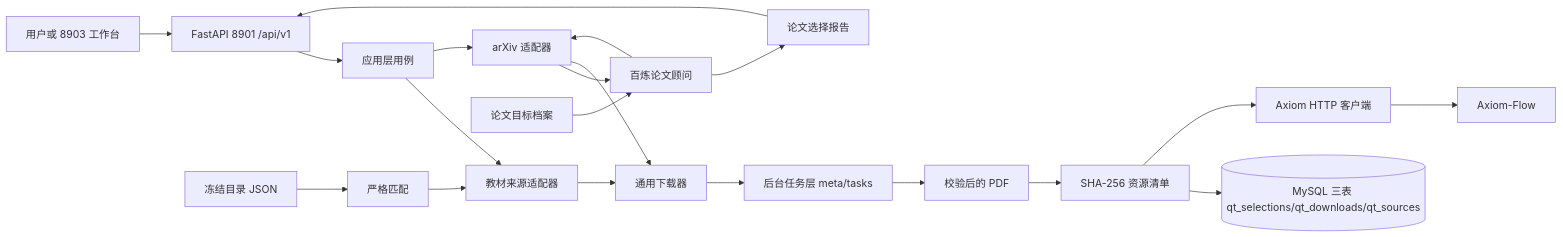
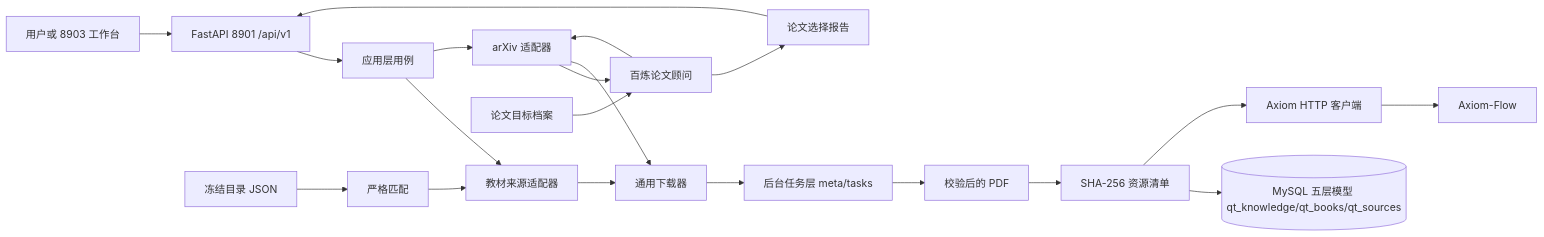
Before and after one commit to swfswf1234/QED-Tracker: the diagram in docs/architecture/system-overview.md, drawn with Mermaid. The commit also changed other lines of this file and 29 other files, not shown here.

````diff
--- a/docs/architecture/system-overview.md
+++ b/docs/architecture/system-overview.md
@@ -27,22 +27,22 @@
 ```mermaid
 flowchart LR
     USER[用户或 8903 工作台] --> API[FastAPI 8901 /api/v1]
     API --> APP[应用层用例]
     APP --> BOOKS[教材来源适配器]
     APP --> ARXIV[arXiv 适配器]
     PROFILE[论文目标档案] --> ADVISOR[百炼论文顾问]
     ADVISOR --> ARXIV
     ARXIV --> ADVISOR
     ADVISOR --> SELECTION[论文选择报告]
     SELECTION --> API
     CATALOG[冻结目录 JSON] --> MATCH[严格匹配]
     MATCH --> BOOKS
     BOOKS --> DOWNLOAD[通用下载器]
     ARXIV --> DOWNLOAD
     DOWNLOAD --> TASKS[后台任务层 meta/tasks]
     TASKS --> PDF[校验后的 PDF]
     PDF --> INVENTORY[SHA-256 资源清单]
-    INVENTORY --> DB[(MySQL 三表 qt_selections/qt_downloads/qt_sources)]
+    INVENTORY --> DB[(MySQL 五层模型 qt_knowledge/qt_books/qt_sources)]
     INVENTORY --> AXIOM[Axiom HTTP 客户端]
     AXIOM --> FLOW[Axiom-Flow]
 ```
````
